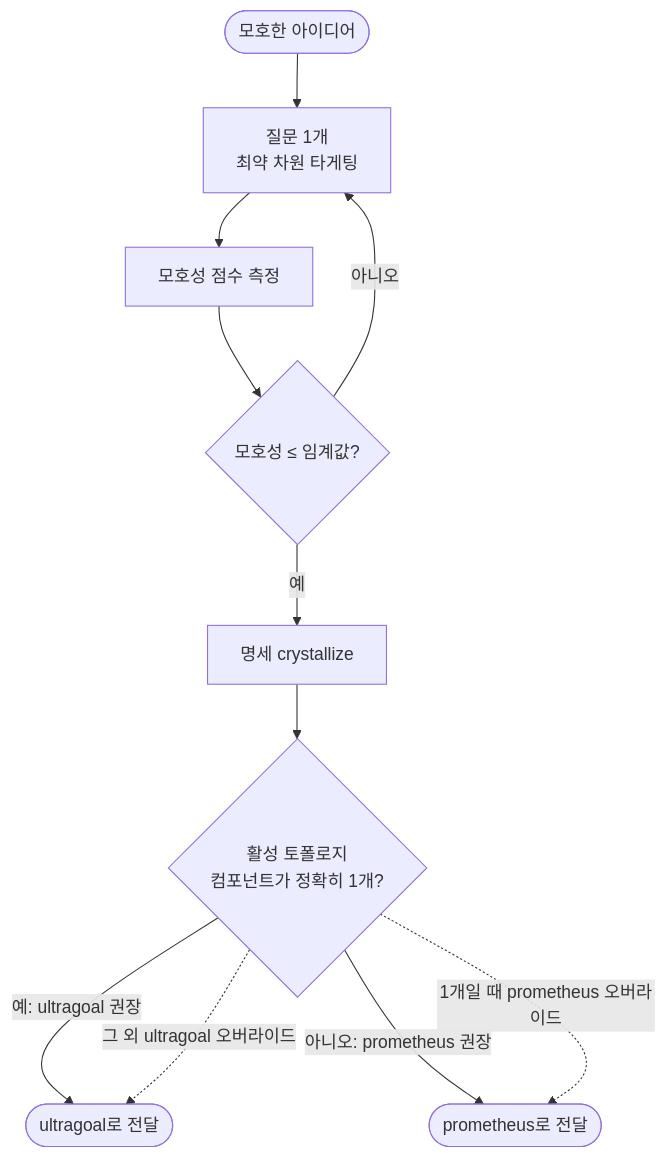
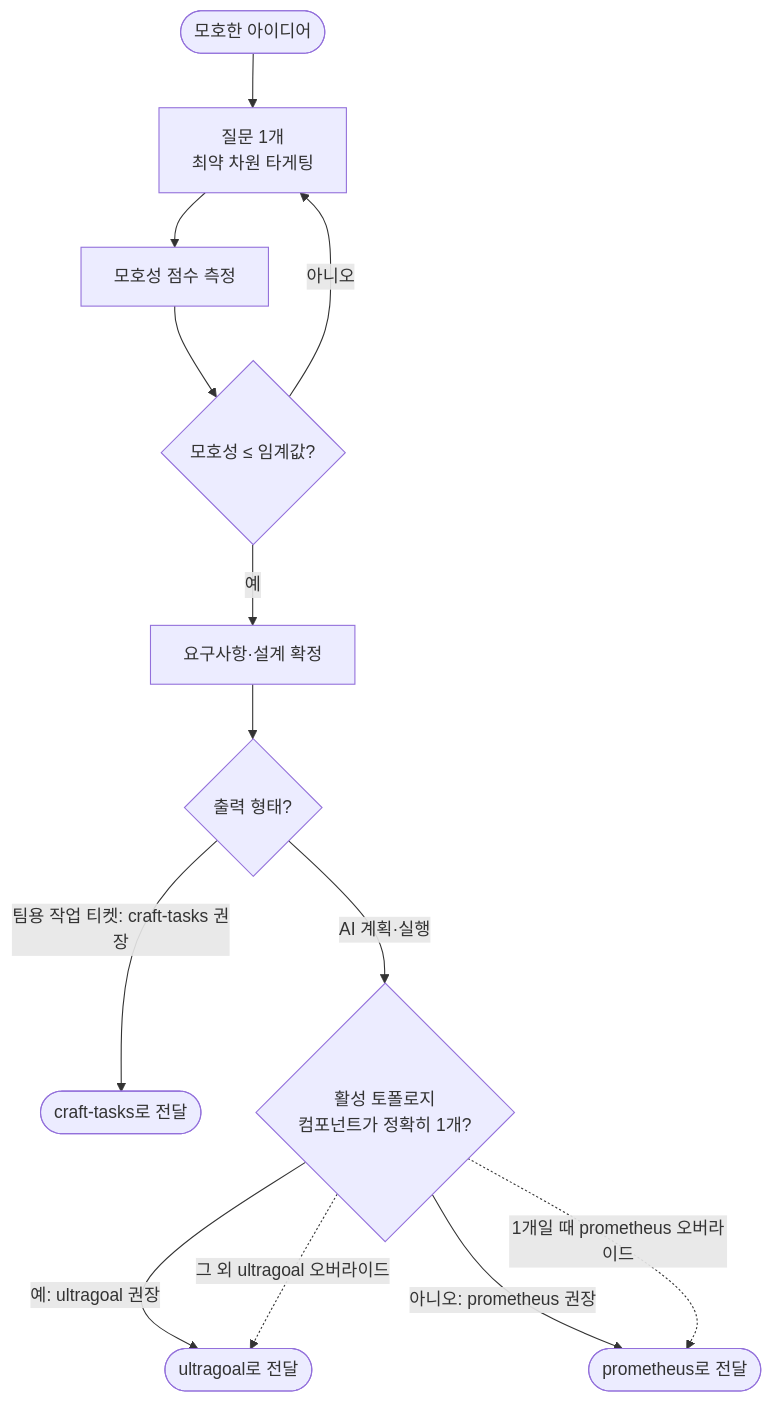
One commit to toongri/oh-my-toong-playground changed the second of 4 diagrams in docs/skills/core-pipeline.md. Above: the diagram before and after it, drawn with Mermaid. The commit also changed other lines of this file and 1 other file, not shown here.

````diff
--- a/docs/skills/core-pipeline.md
+++ b/docs/skills/core-pipeline.md
@@ -79,13 +86,15 @@
 ```mermaid
 flowchart TB
     Start([모호한 아이디어]) --> Ask[질문 1개<br/>최약 차원 타게팅]
     Ask --> Score[모호성 점수 측정]
     Score --> Gate{모호성 ≤ 임계값?}
     Gate -->|아니오| Ask
-    Gate -->|예| Spec[명세 crystallize]
-    Spec --> Route{활성 토폴로지<br/>컴포넌트가 정확히 1개?}
+    Gate -->|예| Spec[요구사항·설계 확정]
+    Spec --> Shape{출력 형태?}
+    Shape -->|팀용 작업 티켓: craft-tasks 권장| Tasks([craft-tasks로 전달])
+    Shape -->|AI 계획·실행| Route{활성 토폴로지<br/>컴포넌트가 정확히 1개?}
     Route -->|예: ultragoal 권장| Ultra([ultragoal로 전달])
     Route -->|아니오: prometheus 권장| Prom([prometheus로 전달])
     Route -.->|1개일 때 prometheus 오버라이드| Prom
     Route -.->|그 외 ultragoal 오버라이드| Ultra
 ```
````
